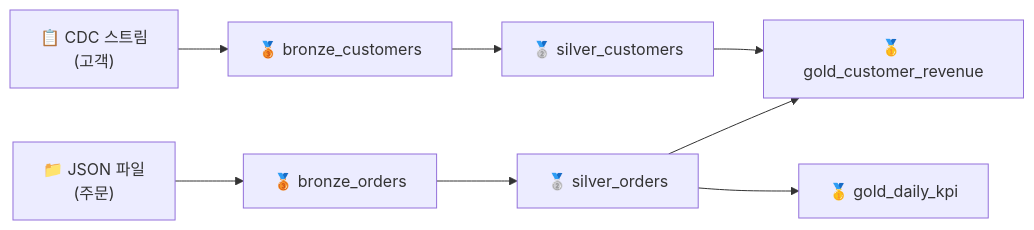
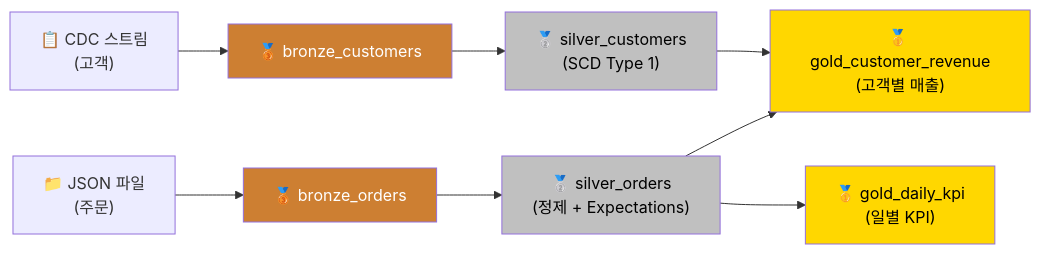
One commit to SimyungYang/simyung-dbx-training changed the first of 2 diagrams in 05-data-engineering/spark-declarative-pipelines/sdp-hands-on.md. Above: the diagram before and after it, drawn with Mermaid. The commit also changed other lines of this file and 37 other files, not shown here.

````diff
--- a/05-data-engineering/spark-declarative-pipelines/sdp-hands-on.md
+++ b/05-data-engineering/spark-declarative-pipelines/sdp-hands-on.md
@@ -11,12 +7,19 @@
 ```mermaid
 graph LR
     S1["📁 JSON 파일<br/>(주문)"] --> B1["🥉 bronze_orders"]
     S2["📋 CDC 스트림<br/>(고객)"] --> B2["🥉 bronze_customers"]
 
-    B1 --> Si1["🥈 silver_orders"]
-    B2 --> Si2["🥈 silver_customers"]
+    B1 --> Si1["🥈 silver_orders<br/>(정제 + Expectations)"]
+    B2 --> Si2["🥈 silver_customers<br/>(SCD Type 1)"]
 
-    Si1 --> G1["🥇 gold_customer_revenue"]
+    Si1 --> G1["🥇 gold_customer_revenue<br/>(고객별 매출)"]
     Si2 --> G1
-    Si1 --> G2["🥇 gold_daily_kpi"]
+    Si1 --> G2["🥇 gold_daily_kpi<br/>(일별 KPI)"]
+
+    style B1 fill:#cd7f32,color:#fff
+    style B2 fill:#cd7f32,color:#fff
+    style Si1 fill:#c0c0c0,color:#000
+    style Si2 fill:#c0c0c0,color:#000
+    style G1 fill:#ffd700,color:#000
+    style G2 fill:#ffd700,color:#000
 ```
````
